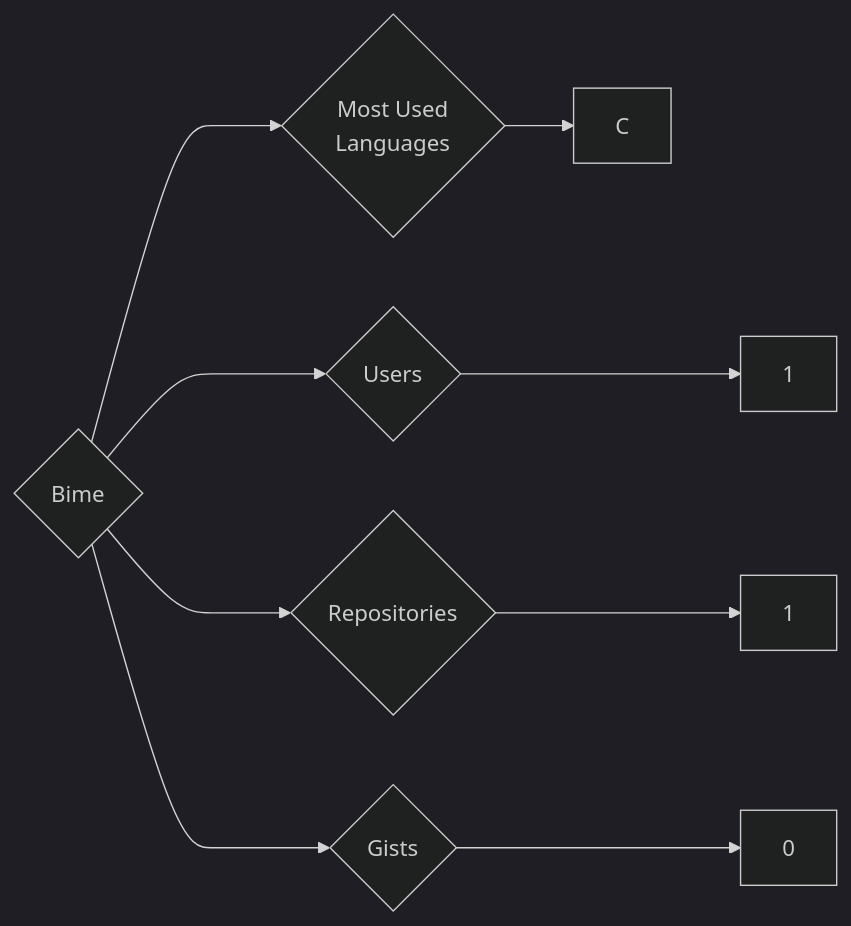
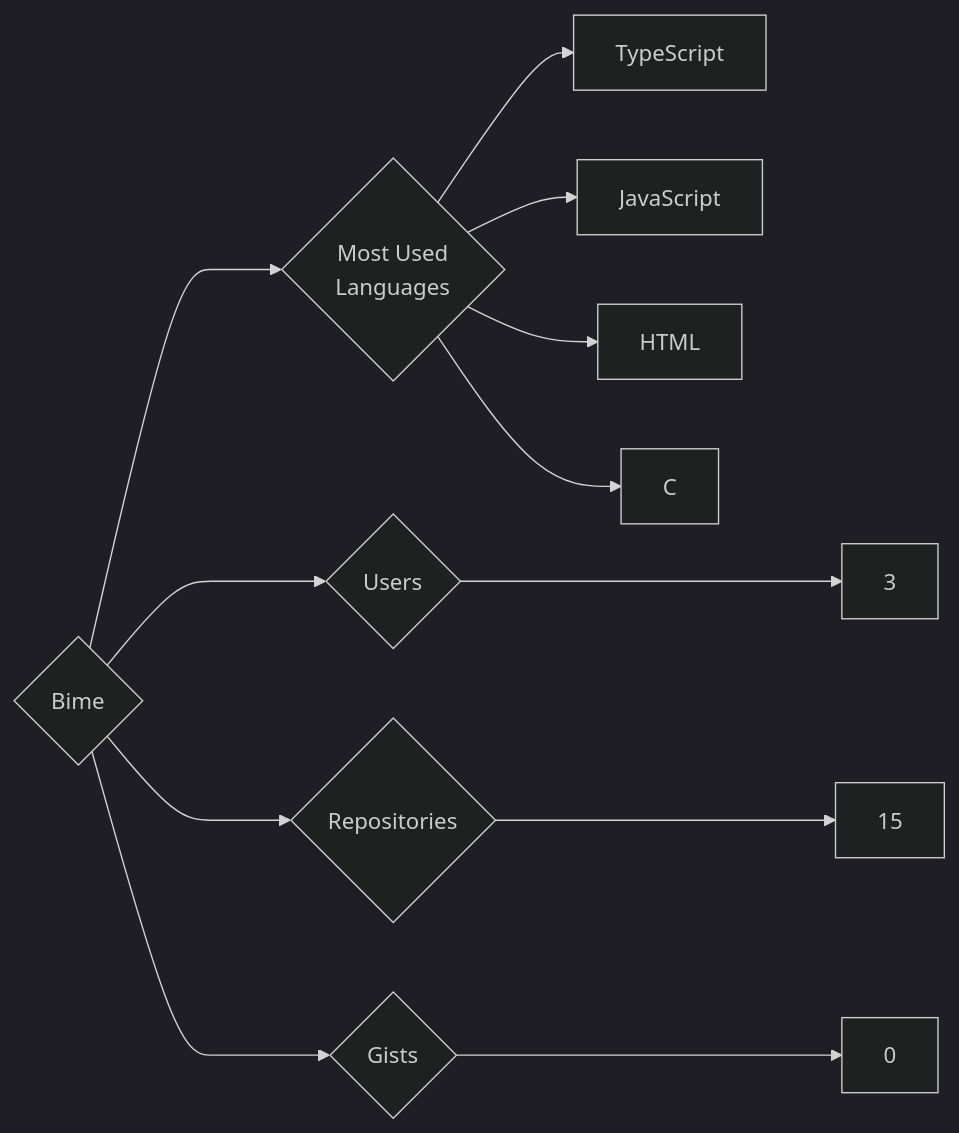
The diagram in targets/Bime/README.md (trickest/insiders), drawn with Mermaid (dark theme) before and after one commit. The commit also changed 932 other files, not shown here.

````diff
--- a/targets/Bime/README.md
+++ b/targets/Bime/README.md
@@ -3,9 +3,12 @@
 ```mermaid
 graph LR
 COMPANY_NAME{Bime}
-COMPANY_NAME ---> U{Users} ---> UN[1]
-COMPANY_NAME ---> R{Repositories} ---> RN[1]
+COMPANY_NAME ---> U{Users} ---> UN[3]
+COMPANY_NAME ---> R{Repositories} ---> RN[15]
 COMPANY_NAME ---> G{Gists} ---> GN[0]
 COMPANY_NAME ---> ML{Most Used<br>Languages}
+ML --> TypeScript[TypeScript]
+ML --> JavaScript[JavaScript]
+ML --> HTML[HTML]
 ML --> C[C]
 ```
````
